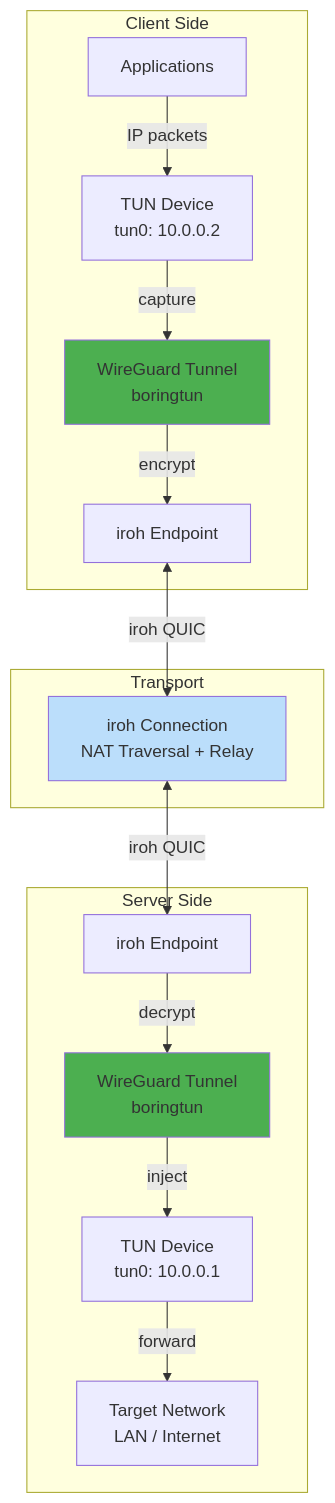
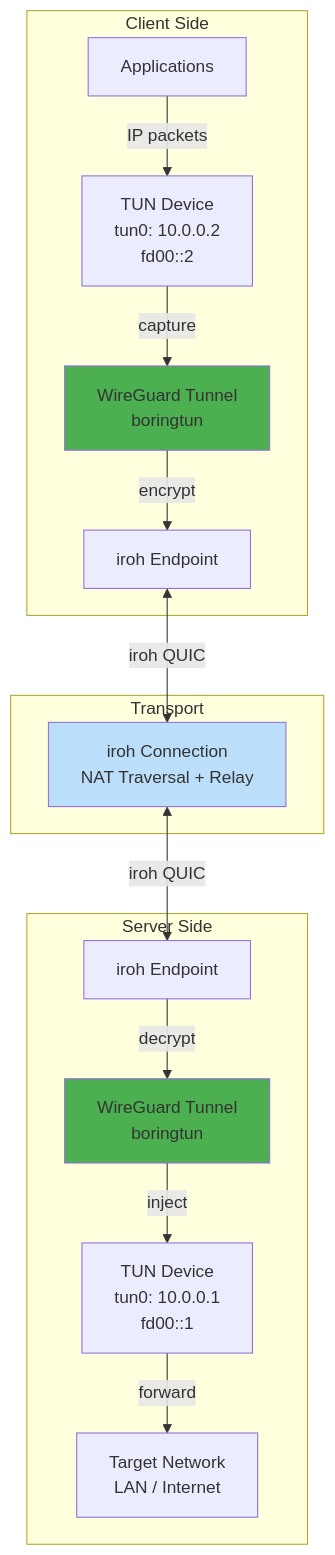
Before and after one commit to andrewtheguy/vpn-rs: the tenth of 43 diagrams in docs/ARCHITECTURE.md, drawn with Mermaid. The commit also changed other lines of this file and 3 other files, not shown here.

````diff
--- a/docs/ARCHITECTURE.md
+++ b/docs/ARCHITECTURE.md
@@ -425,33 +425,33 @@
 ```mermaid
 graph TB
     subgraph "Client Side"
         A[Applications]
-        B[TUN Device<br/>tun0: 10.0.0.2]
+        B[TUN Device<br/>tun0: 10.0.0.2<br/>fd00::2]
         C[WireGuard Tunnel<br/>boringtun]
         D[iroh Endpoint]
     end
 
     subgraph "Transport"
         E[iroh Connection<br/>NAT Traversal + Relay]
     end
 
     subgraph "Server Side"
         F[iroh Endpoint]
         G[WireGuard Tunnel<br/>boringtun]
-        H[TUN Device<br/>tun0: 10.0.0.1]
+        H[TUN Device<br/>tun0: 10.0.0.1<br/>fd00::1]
         I[Target Network<br/>LAN / Internet]
     end
 
     A -->|IP packets| B
     B -->|capture| C
     C -->|encrypt| D
     D <-->|iroh QUIC| E
     E <-->|iroh QUIC| F
     F -->|decrypt| G
     G -->|inject| H
     H -->|forward| I
 
     style C fill:#4CAF50
     style G fill:#4CAF50
     style E fill:#BBDEFB
 ```
````
